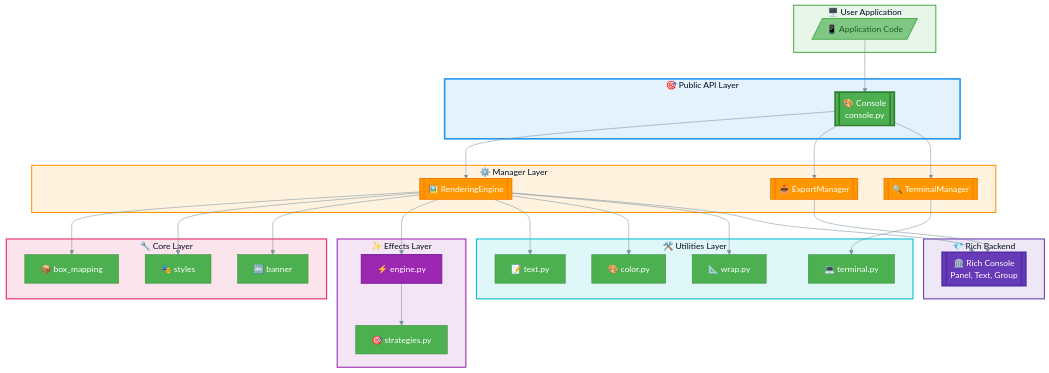
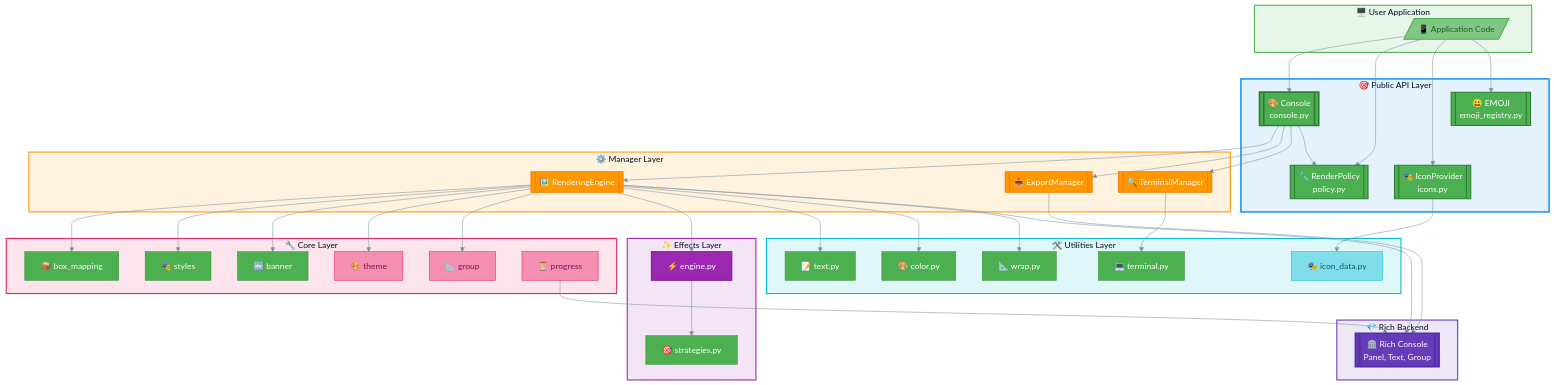
One commit to ksokolowski/StyledConsole changed the first of 13 diagrams in docs/DEVELOPER_GUIDE.md. Above: the diagram before and after it, drawn with Mermaid. The commit also changed other lines of this file, not shown here.

First line of the commit message:
docs(developer): comprehensive architecture update for v0.9.1

````diff
--- a/docs/DEVELOPER_GUIDE.md
+++ b/docs/DEVELOPER_GUIDE.md
@@ -32,6 +32,9 @@
 
     subgraph Facade["🎯 Public API Layer"]
         CONSOLE[["🎨 Console<br/>console.py"]]
+        POLICY[["🔧 RenderPolicy<br/>policy.py"]]
+        ICONS[["🎭 IconProvider<br/>icons.py"]]
+        EMOJI_REG[["😀 EMOJI<br/>emoji_registry.py"]]
     end
 
     subgraph Managers["⚙️ Manager Layer"]
@@ -44,6 +47,9 @@
         BM[📦 box_mapping]
         ST[🎭 styles]
         BN[🔤 banner]
+        TH[🎨 theme]
+        GR[📐 group]
+        PR[⏳ progress]
     end
 
     subgraph Effects["✨ Effects Layer"]
@@ -56,6 +62,7 @@
         CLR[🎨 color.py]
         WRP[📐 wrap.py]
         TRM[💻 terminal.py]
+        ICD[🎭 icon_data.py]
     end
 
     subgraph Backend["💎 Rich Backend"]
@@ -63,20 +70,28 @@
     end
 
     APP --> CONSOLE
+    APP --> POLICY
+    APP --> ICONS
+    APP --> EMOJI_REG
     CONSOLE --> RE
     CONSOLE --> EM
     CONSOLE --> TM
+    CONSOLE --> POLICY
     RE --> BM
     RE --> ST
     RE --> BN
+    RE --> TH
+    RE --> GR
     RE --> ENG
     ENG --> STR
     RE --> TXT
     RE --> CLR
     RE --> WRP
     TM --> TRM
+    ICONS --> ICD
     RE --> RICH
     EM --> RICH
+    PR --> RICH
 
     style User fill:#E8F5E9,stroke:#4CAF50,stroke-width:2px
     style Facade fill:#E3F2FD,stroke:#2196F3,stroke-width:3px
@@ -87,10 +102,17 @@
     style Backend fill:#EDE7F6,stroke:#673AB7,stroke-width:2px
 
     style CONSOLE fill:#4CAF50,color:#fff,stroke:#2E7D32,stroke-width:3px
+    style POLICY fill:#4CAF50,color:#fff,stroke:#2E7D32,stroke-width:2px
+    style ICONS fill:#4CAF50,color:#fff,stroke:#2E7D32,stroke-width:2px
+    style EMOJI_REG fill:#4CAF50,color:#fff,stroke:#2E7D32,stroke-width:2px
     style RE fill:#FF9800,color:#fff,stroke:#F57C00,stroke-width:2px
     style EM fill:#FF9800,color:#fff,stroke:#F57C00,stroke-width:2px
     style TM fill:#FF9800,color:#fff,stroke:#F57C00,stroke-width:2px
     style RICH fill:#673AB7,color:#fff,stroke:#512DA8,stroke-width:3px
     style ENG fill:#9C27B0,color:#fff,stroke:#7B1FA2,stroke-width:2px
     style APP fill:#81C784,color:#1B5E20,stroke:#4CAF50,stroke-width:2px
+    style TH fill:#F48FB1,color:#880E4F,stroke:#E91E63
+    style GR fill:#F48FB1,color:#880E4F,stroke:#E91E63
+    style PR fill:#F48FB1,color:#880E4F,stroke:#E91E63
+    style ICD fill:#80DEEA,color:#006064,stroke:#00BCD4
 ```
````
